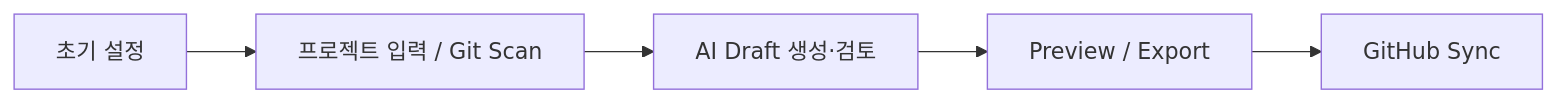
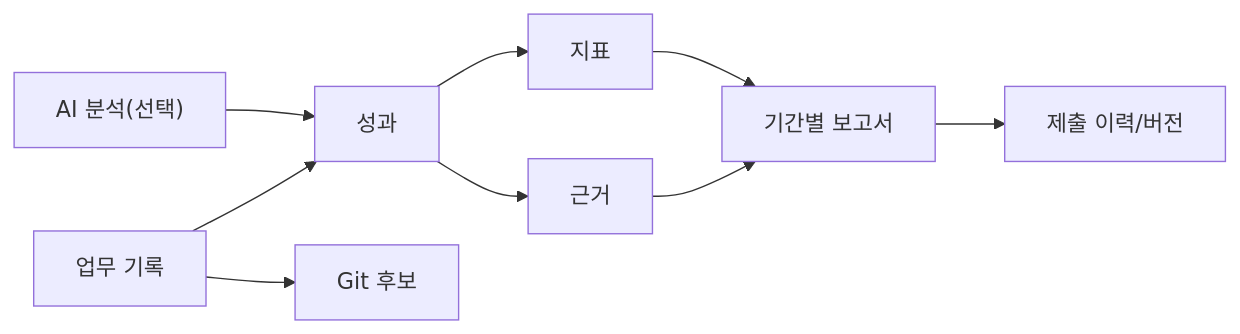
Before and after one commit to Lee-Kyuhwun/DevFolio: the first of 2 diagrams in docs/devfolio_backend_portfolio.md, drawn with Mermaid. The commit also changed other lines of this file and 9 other files, not shown here.

````diff
--- a/docs/devfolio_backend_portfolio.md
+++ b/docs/devfolio_backend_portfolio.md
@@ -37,13 +34,11 @@
 ```mermaid
 flowchart LR
-    init["초기 설정"]
-    intake["프로젝트 입력 / Git Scan"]
-    draft["AI Draft 생성·검토"]
-    preview["Preview / Export"]
-    sync["GitHub Sync"]
-
-    init --> intake
-    intake --> draft
-    draft --> preview
-    preview --> sync
+    record["업무 기록"] --> achieve["성과"]
+    achieve --> evidence["근거"]
+    achieve --> metric["지표"]
+    record --> git["Git 후보"]
+    ai["AI 분석(선택)"] --> achieve
+    evidence --> report["기간별 보고서"]
+    metric --> report
+    report --> submit["제출 이력/버전"]
 ```
````
